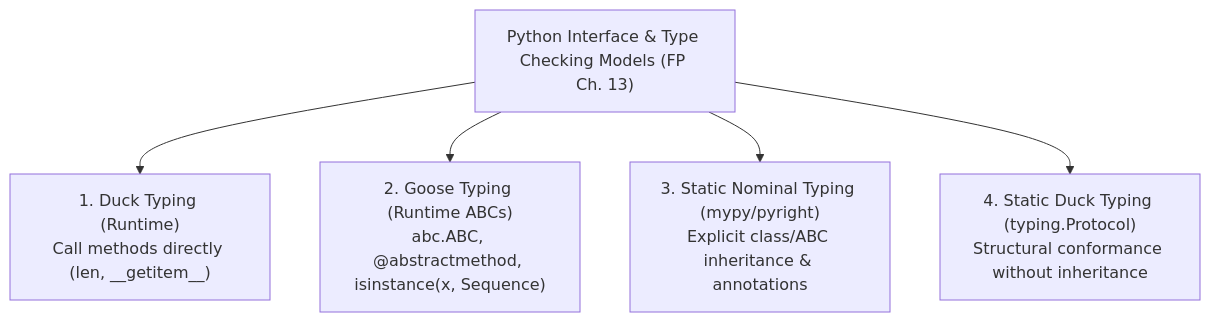
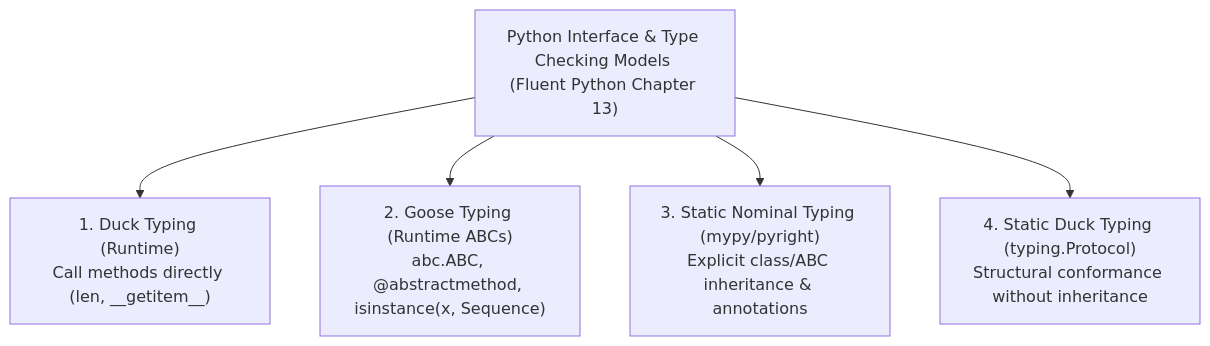
Before and after one commit to jithinpnjm/ai-infra-handbook: the diagram in docs/part-03-python/04-classes-dataclasses-typing-and-protocols.md, drawn with Mermaid. The commit also changed other lines of this file and 56 other files, not shown here.

````diff
--- a/docs/part-03-python/04-classes-dataclasses-typing-and-protocols.md
+++ b/docs/part-03-python/04-classes-dataclasses-typing-and-protocols.md
@@ -609,7 +638,7 @@
 ```mermaid
 flowchart TD
-    Typing["Python Interface & Type Checking Models (FP Ch. 13)"] --> Duck["1. Duck Typing (Runtime)<br/>Call methods directly (len, __getitem__)"]
+    Typing["Python Interface & Type Checking Models (Fluent Python Chapter 13)"] --> Duck["1. Duck Typing (Runtime)<br/>Call methods directly (len, __getitem__)"]
     Typing --> Goose["2. Goose Typing (Runtime ABCs)<br/>abc.ABC, @abstractmethod, isinstance(x, Sequence)"]
     Typing --> Nominal["3. Static Nominal Typing (mypy/pyright)<br/>Explicit class/ABC inheritance & annotations"]
     Typing --> StaticDuck["4. Static Duck Typing (typing.Protocol)<br/>Structural conformance without inheritance"]
 ```
````
